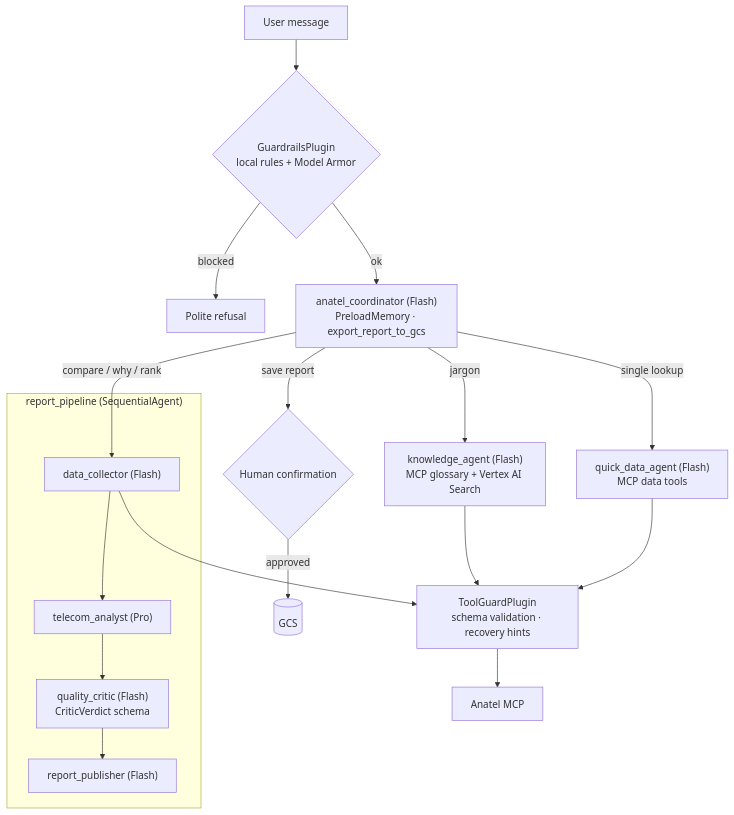
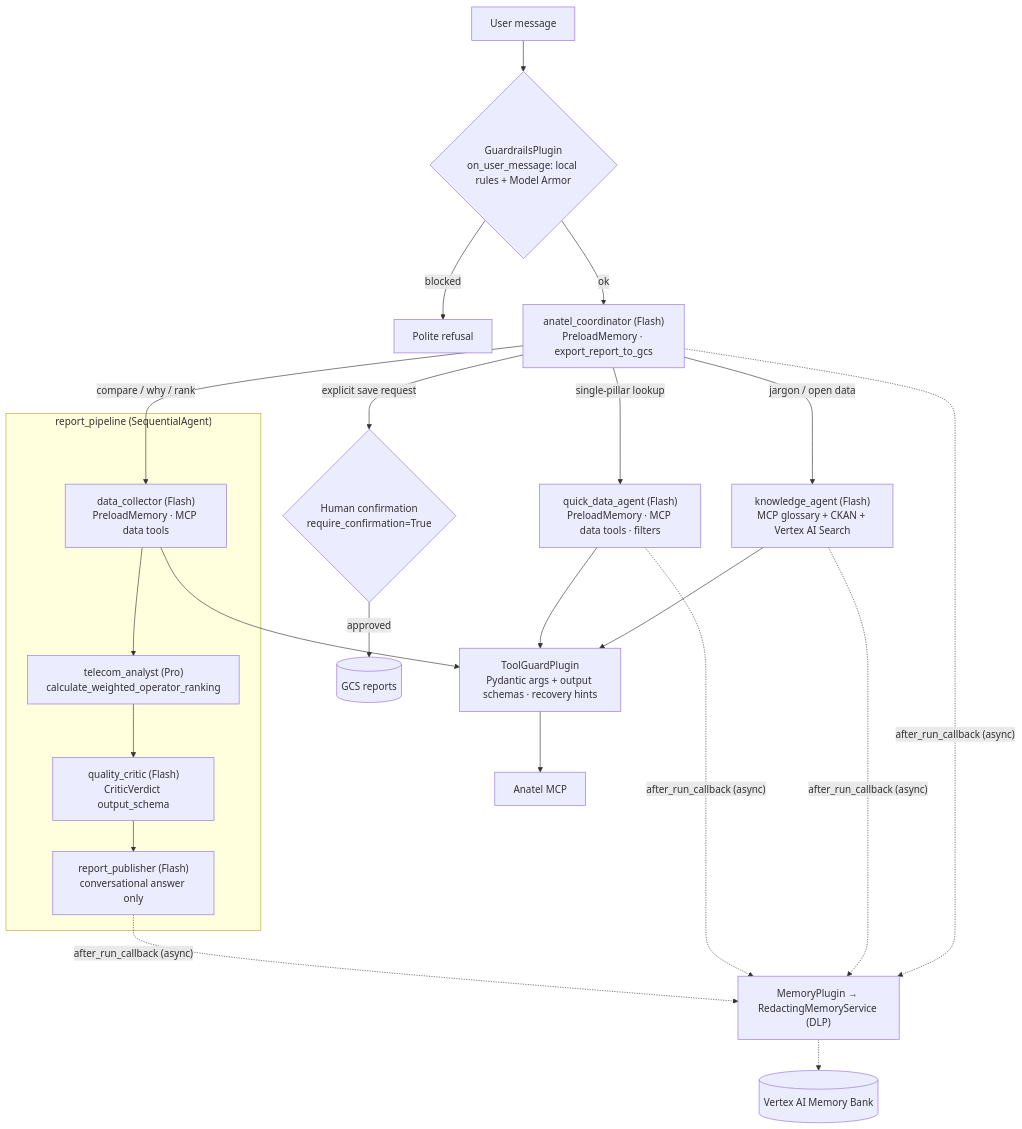
One commit to thiago-a-azevedo/anatel changed the second of 4 diagrams in README.md. Above: the diagram before and after it, drawn with Mermaid. The commit also changed other lines of this file and 2 other files, not shown here.

Commit message:
docs: refresh architecture diagrams and use generic operator prompts in README

````diff
--- a/README.md
+++ b/README.md
@@ -130,18 +147,20 @@
 ```mermaid
 flowchart TD
-  U["User message"] --> G{"GuardrailsPlugin<br/>local rules + Model Armor"}
+  U["User message"] --> G{"GuardrailsPlugin<br/>on_user_message: local rules + Model Armor"}
   G -->|blocked| R["Polite refusal"]
   G -->|ok| C["anatel_coordinator (Flash)<br/>PreloadMemory · export_report_to_gcs"]
-  C -->|jargon| K["knowledge_agent (Flash)<br/>MCP glossary + Vertex AI Search"]
-  C -->|single lookup| Q["quick_data_agent (Flash)<br/>MCP data tools"]
+  C -->|jargon / open data| K["knowledge_agent (Flash)<br/>MCP glossary + CKAN + Vertex AI Search"]
+  C -->|single-pillar lookup| Q["quick_data_agent (Flash)<br/>PreloadMemory · MCP data tools · filters"]
   C -->|compare / why / rank| P1
-  C -->|save report| H{"Human confirmation"}
-  H -->|approved| S[("GCS")]
+  C -->|explicit save request| H{"Human confirmation<br/>require_confirmation=True"}
+  H -->|approved| S[("GCS reports")]
   subgraph PIPE["report_pipeline (SequentialAgent)"]
-    P1["data_collector (Flash)"] --> P2["telecom_analyst (Pro)"]
-    P2 --> P3["quality_critic (Flash)<br/>CriticVerdict schema"]
-    P3 --> P4["report_publisher (Flash)"]
+    P1["data_collector (Flash)<br/>PreloadMemory · MCP data tools"] --> P2["telecom_analyst (Pro)<br/>calculate_weighted_operator_ranking"]
+    P2 --> P3["quality_critic (Flash)<br/>CriticVerdict output_schema"]
+    P3 --> P4["report_publisher (Flash)<br/>conversational answer only"]
   end
-  K & Q & P1 --> TG["ToolGuardPlugin<br/>schema validation · recovery hints"]
+  K & Q & P1 --> TG["ToolGuardPlugin<br/>Pydantic args + output schemas · recovery hints"]
   TG --> M["Anatel MCP"]
+  C & K & Q & P4 -.after_run_callback (async).-> MP["MemoryPlugin → RedactingMemoryService (DLP)"]
+  MP -.-> MB[("Vertex AI Memory Bank")]
 ```
````
